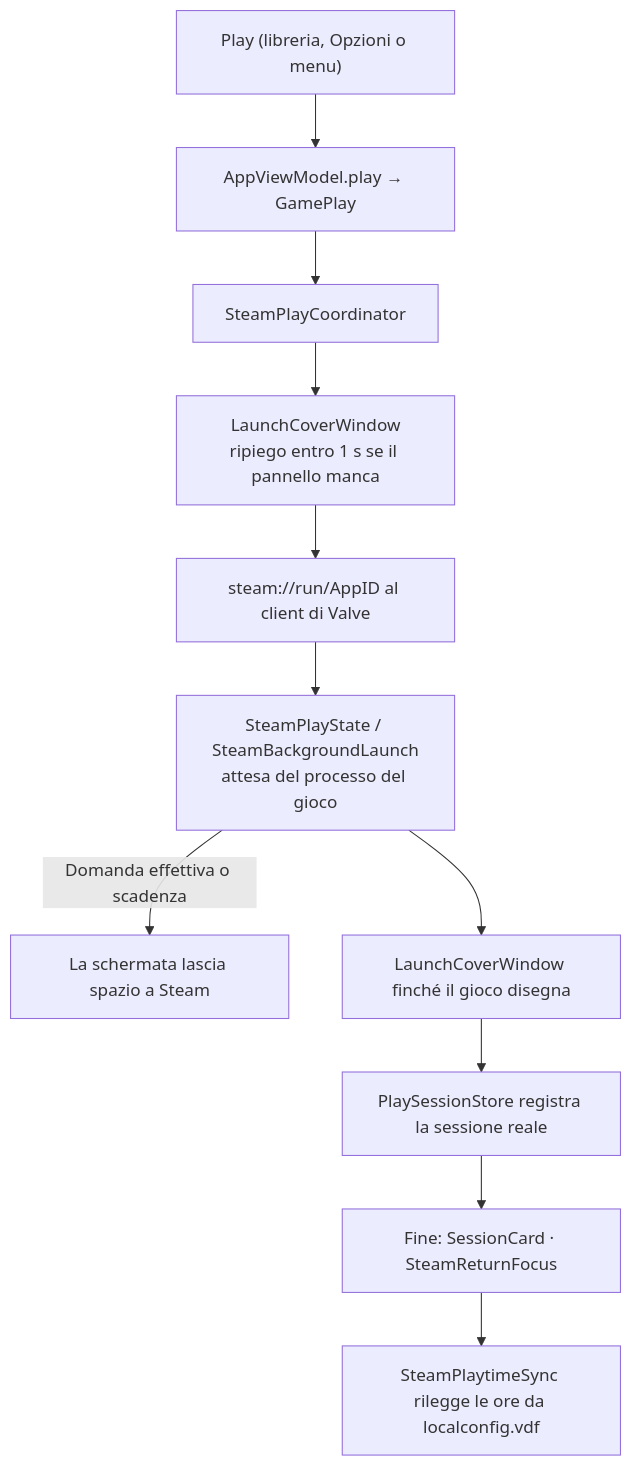
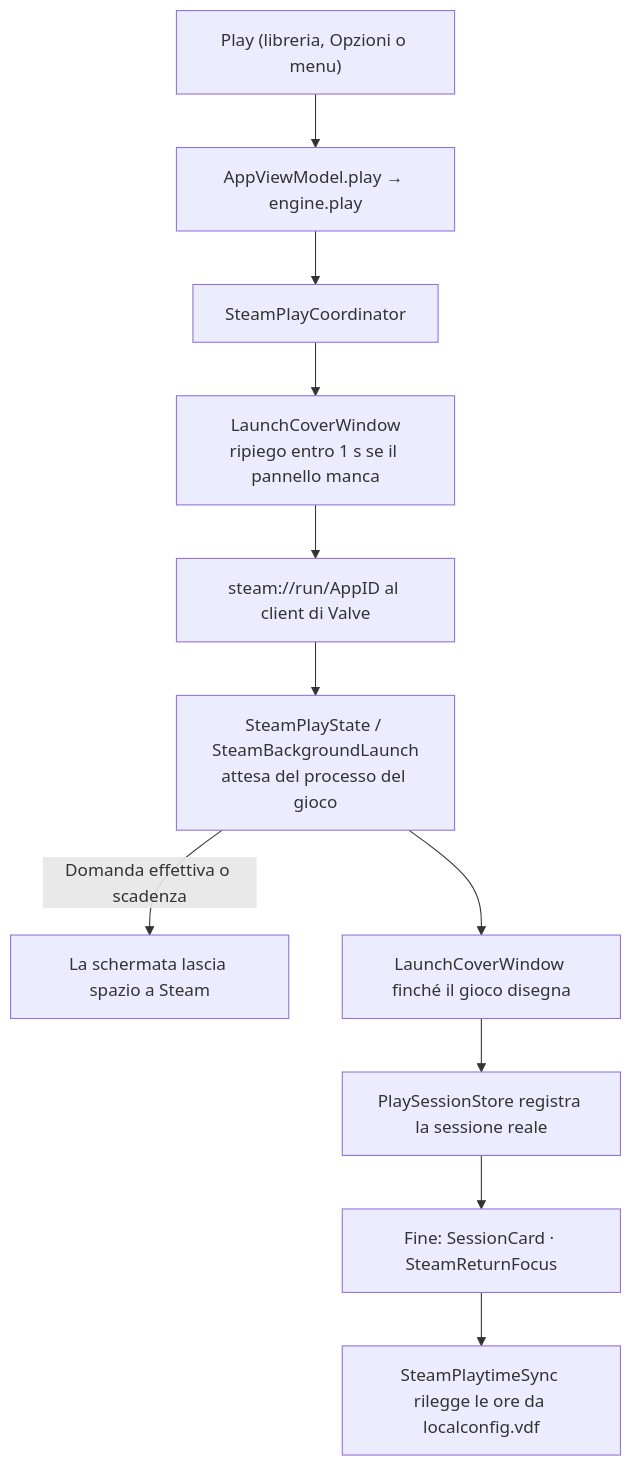
The fourth of 9 diagrams in docs/how-it-works/flows.md (sofianbll/oort-nx), drawn with Mermaid before and after one commit. The commit also changed other lines of this file and 36 other files, not shown here.

Commit message:
Route Mac Play through one durable engine admission

````diff
--- a/docs/how-it-works/flows.md
+++ b/docs/how-it-works/flows.md
@@ -130,13 +131,13 @@
 ```mermaid
 flowchart TD
-    A["Play (libreria, Opzioni o menu)"] --> S["AppViewModel.play → GamePlay"]
+    A["Play (libreria, Opzioni o menu)"] --> S["AppViewModel.play → engine.play"]
     S --> B["SteamPlayCoordinator"]
     B --> K["LaunchCoverWindow<br/>ripiego entro 1 s se il pannello manca"]
     K --> C["steam://run/AppID al client di Valve"]
     C --> D["SteamPlayState / SteamBackgroundLaunch<br/>attesa del processo del gioco"]
     D -->|"Domanda effettiva o scadenza"| Q["La schermata lascia spazio a Steam"]
     D --> E["LaunchCoverWindow finché il gioco disegna"]
     E --> F["PlaySessionStore registra la sessione reale"]
     F --> G["Fine: SessionCard · SteamReturnFocus"]
     G --> H["SteamPlaytimeSync rilegge le ore da localconfig.vdf"]
 ```
````
